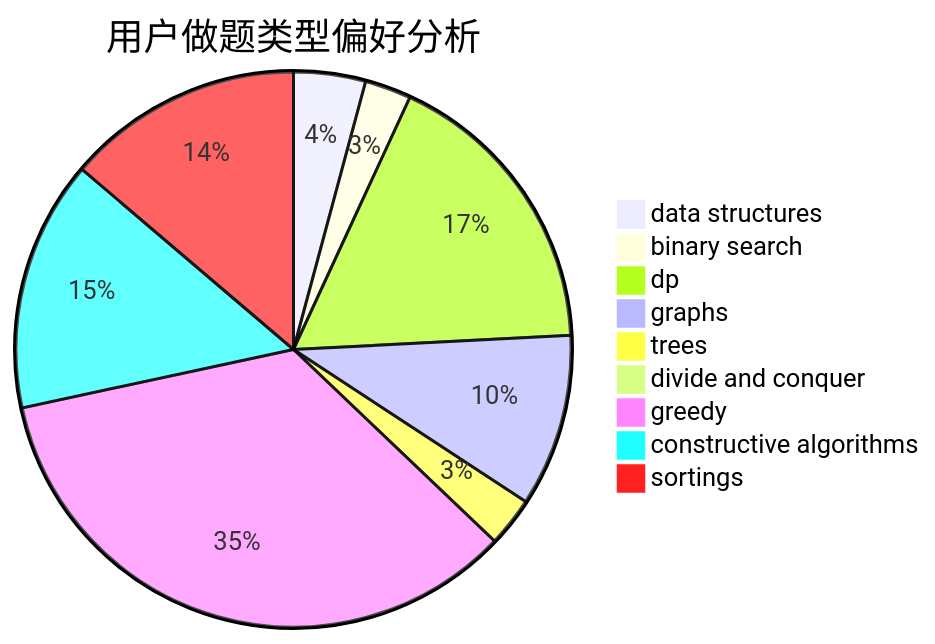
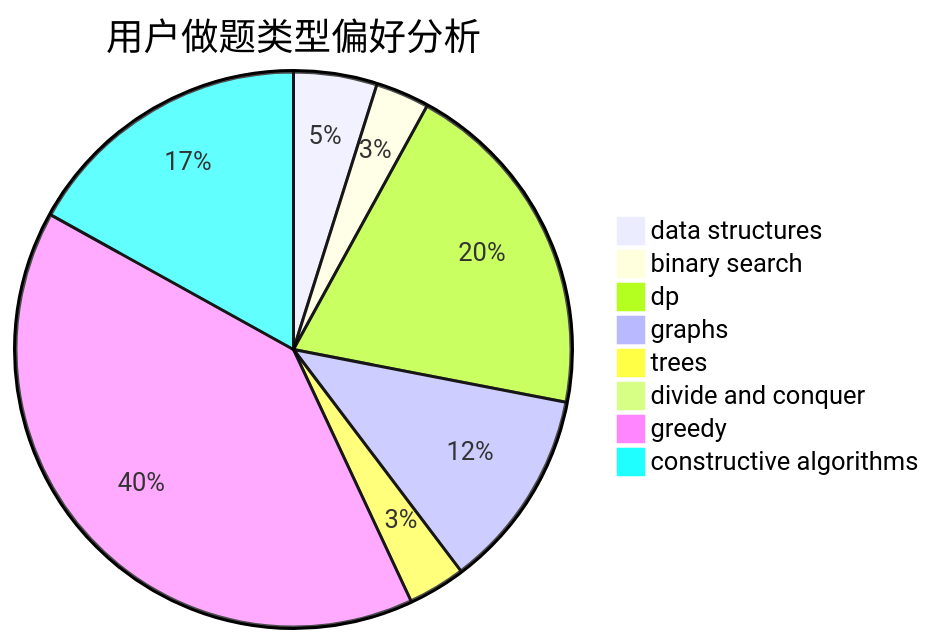
The second of 3 diagrams in docs/user/u695.md (sherpahu/cfrs.github.io), drawn with Mermaid before and after one commit. The commit also changed other lines of this file and 2769 other files, not shown here.

````diff
--- a/docs/user/u695.md
+++ b/docs/user/u695.md
@@ -18,12 +18,11 @@
 ```mermaid
 pie title 用户做题类型偏好分析
     "data structures" :  45
     "binary search" :  29
     "dp" :  186
     "graphs" :  108
     "trees" :  31
     "divide and conquer" :  0
     "greedy" :  371
     "constructive algorithms" :  157
-    "sortings" :  148
 ```
````
